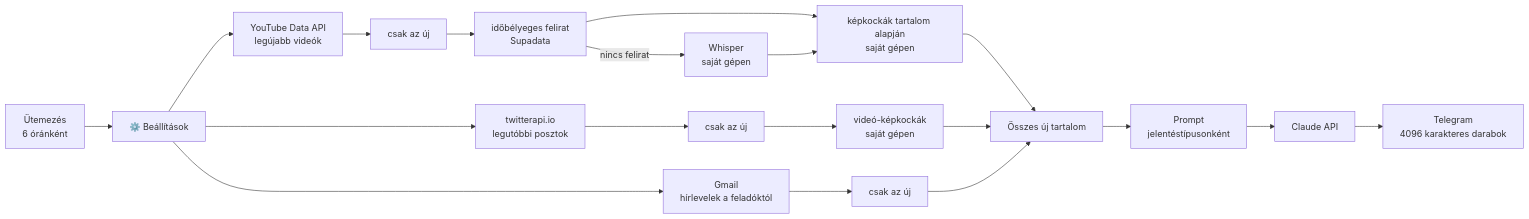
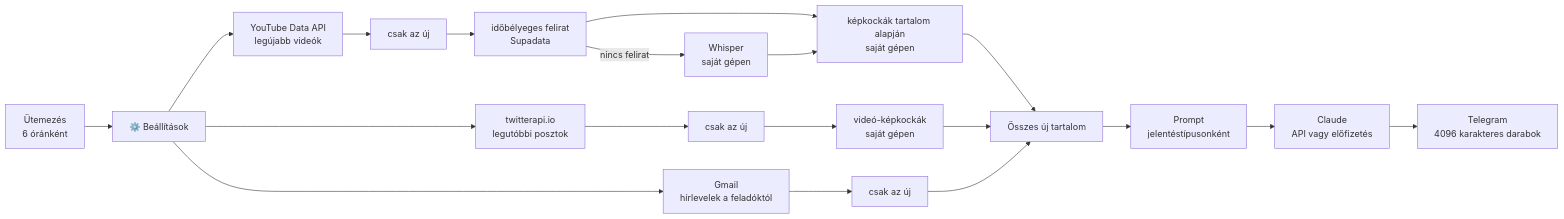
The diagram in README.hu.md (Jhanee01/n8n-content-digest), drawn with Mermaid before and after one commit. The commit also changed other lines of this file and 1 other file, not shown here.

````diff
--- a/README.hu.md
+++ b/README.hu.md
@@ -26,17 +26,17 @@
 ```mermaid
 flowchart LR
     T[Ütemezés<br/>6 óránként] --> C[⚙️ Beállítások]
     C --> YT[YouTube Data API<br/>legújabb videók]
     C --> X[twitterapi.io<br/>legutóbbi posztok]
     C --> M[Gmail<br/>hírlevelek a feladóktól]
     YT --> D1[csak az új] --> S[időbélyeges felirat<br/>Supadata]
     S -->|nincs felirat| W[Whisper<br/>saját gépen]
     S --> F1[képkockák tartalom alapján<br/>saját gépen]
     W --> F1
     X --> D2[csak az új] --> F2[videó-képkockák<br/>saját gépen]
     M --> D3[csak az új]
     F1 --> MG[Összes új tartalom]
     F2 --> MG
     D3 --> MG
-    MG --> P[Prompt<br/>jelentéstípusonként] --> AI[Claude API] --> TG[Telegram<br/>4096 karakteres darabok]
+    MG --> P[Prompt<br/>jelentéstípusonként] --> AI[Claude<br/>API vagy előfizetés] --> TG[Telegram<br/>4096 karakteres darabok]
 ```
````
